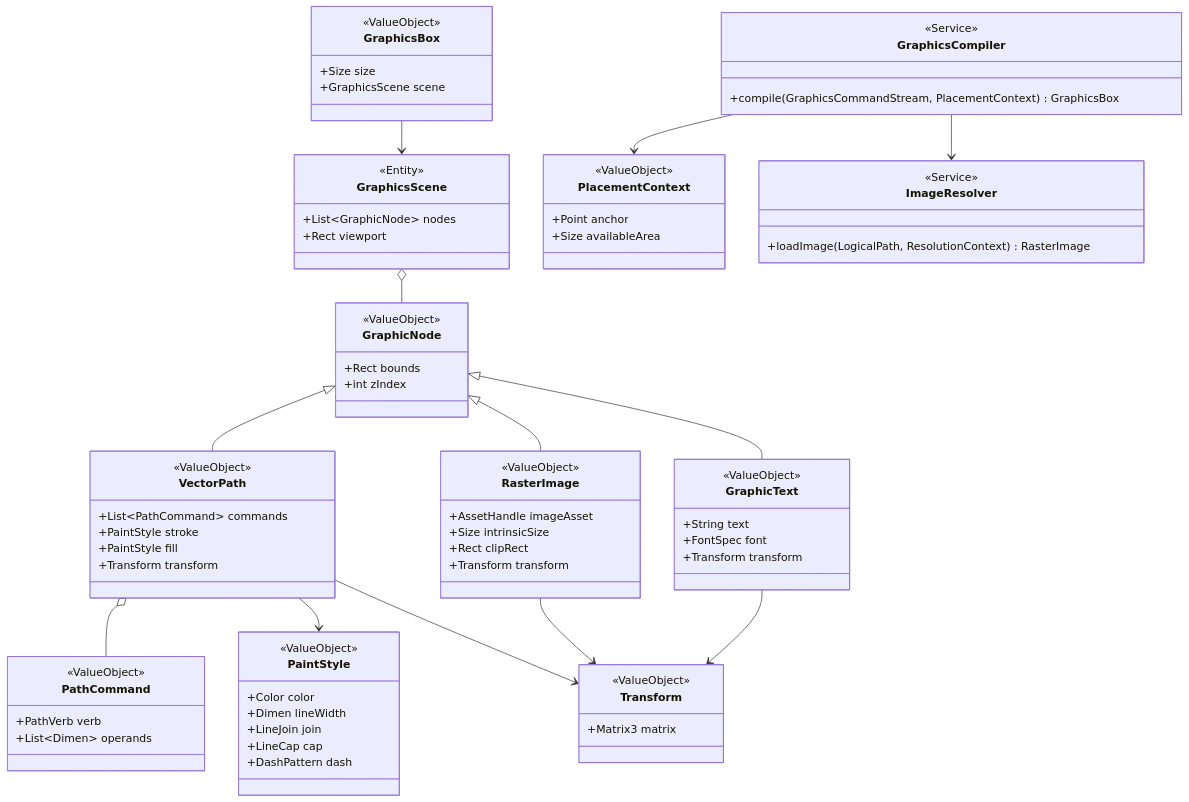
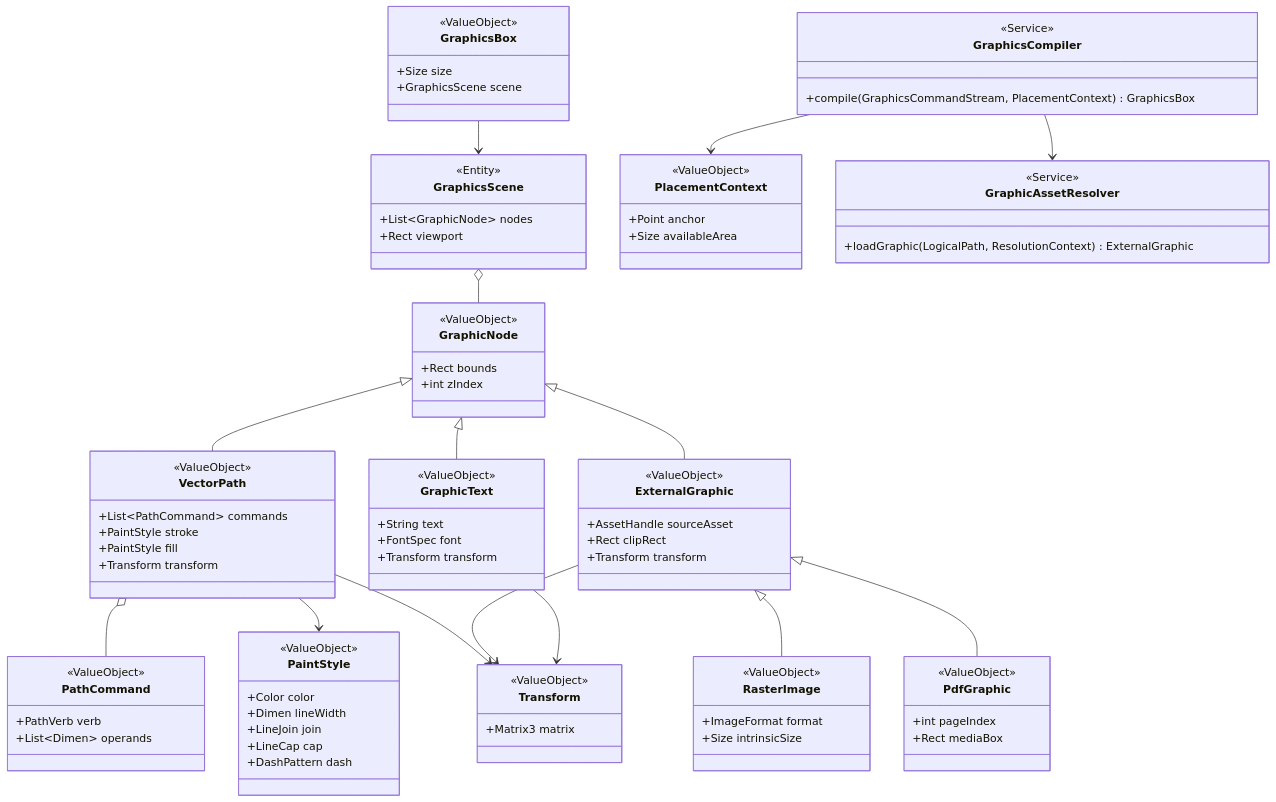
One commit to RK0429/ferritex changed the fourth of 12 diagrams in docs/domain_model.md. Above: the diagram before and after it, drawn with Mermaid. The commit also changed other lines of this file and 1 other file, not shown here.

````diff
--- a/docs/domain_model.md
+++ b/docs/domain_model.md
@@ -448,12 +450,21 @@
         +PaintStyle fill
         +Transform transform
     }
+    class ExternalGraphic {
+        <<ValueObject>>
+        +AssetHandle sourceAsset
+        +Rect clipRect
+        +Transform transform
+    }
     class RasterImage {
         <<ValueObject>>
-        +AssetHandle imageAsset
+        +ImageFormat format
         +Size intrinsicSize
-        +Rect clipRect
-        +Transform transform
+    }
+    class PdfGraphic {
+        <<ValueObject>>
+        +int pageIndex
+        +Rect mediaBox
     }
     class GraphicText {
         <<ValueObject>>
@@ -487,21 +498,23 @@
         +Point anchor
         +Size availableArea
     }
-    class ImageResolver {
+    class GraphicAssetResolver {
         <<Service>>
-        +loadImage(LogicalPath, ResolutionContext) RasterImage
+        +loadGraphic(LogicalPath, ResolutionContext) ExternalGraphic
     }
 
     GraphicNode <|-- VectorPath
-    GraphicNode <|-- RasterImage
+    GraphicNode <|-- ExternalGraphic
     GraphicNode <|-- GraphicText
+    ExternalGraphic <|-- RasterImage
+    ExternalGraphic <|-- PdfGraphic
     GraphicsBox --> GraphicsScene
     GraphicsScene o-- GraphicNode
     VectorPath o-- PathCommand
     VectorPath --> PaintStyle
     VectorPath --> Transform
-    RasterImage --> Transform
+    ExternalGraphic --> Transform
     GraphicText --> Transform
     GraphicsCompiler --> PlacementContext
-    GraphicsCompiler --> ImageResolver
+    GraphicsCompiler --> GraphicAssetResolver
 ```
````
